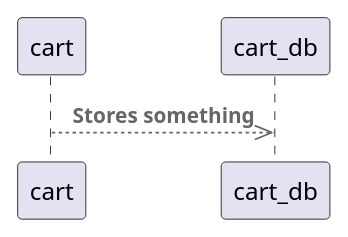
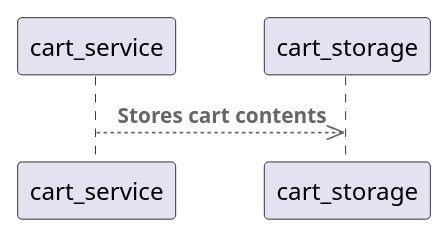
Before and after one commit to acme-corp-tech/cart: the diagram in resources/diagrams/cart_relations.puml, drawn with PlantUML. The commit also changed 1 other file, not shown here.

Commit message:
Update diagrams

```diff
--- a/resources/diagrams/cart_relations.puml
+++ b/resources/diagrams/cart_relations.puml
@@ -1,6 +1,6 @@
 @startuml "cart_relations"
 !include https://raw.githubusercontent.com/plantuml-stdlib/C4-PlantUML/master/C4_Container.puml
 
-Rel(cart, cart_db, "Stores something")
+Rel(cart_service, cart_storage, "Stores cart contents")
 
 @enduml
```
